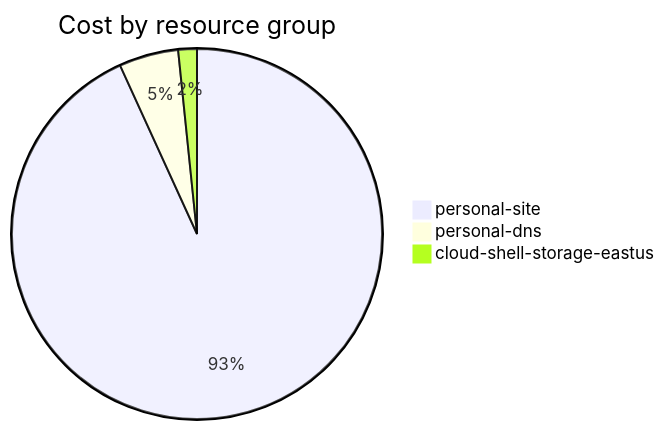
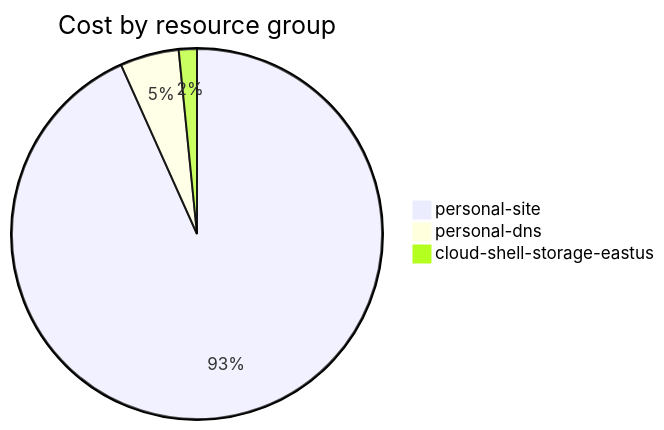
Before and after one commit to jpfulton/azure-personal-reports: the fourth of 4 diagrams in cost-reports/accumulated-cost.md, drawn with Mermaid. The commit also changed other lines of this file and 4 other files, not shown here.

````diff
--- a/cost-reports/accumulated-cost.md
+++ b/cost-reports/accumulated-cost.md
@@ -141,7 +141,7 @@
 ```mermaid
 pie
    title Cost by resource group
-   "personal-site" : 6.29
-   "personal-dns" : 0.35
-   "cloud-shell-storage-eastus" : 0.11
+   "personal-site" : 7.08
+   "personal-dns" : 0.39
+   "cloud-shell-storage-eastus" : 0.12
 ```
````
